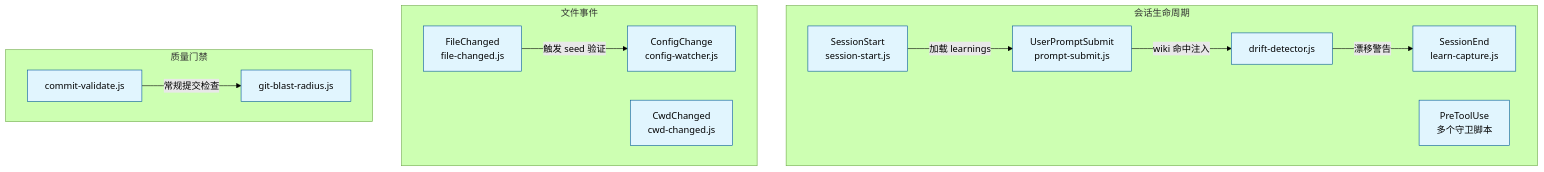
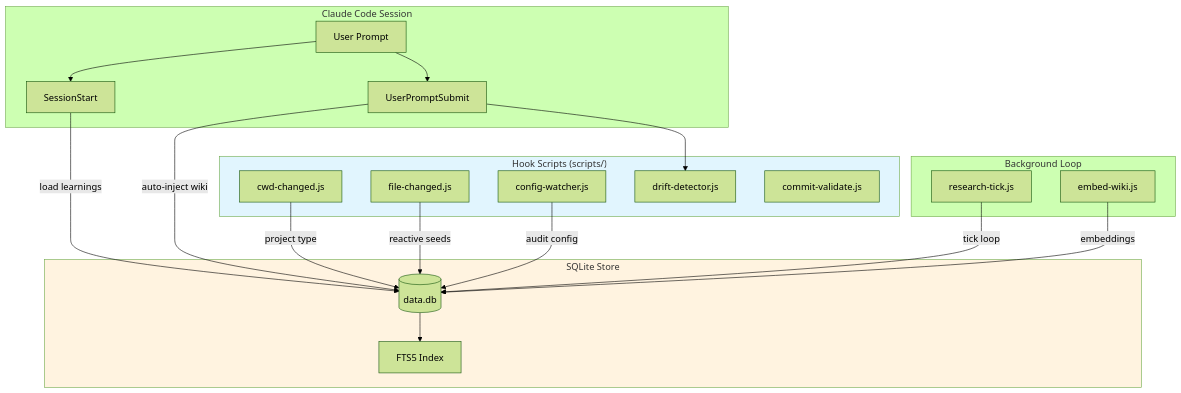
The first of 2 diagrams in .tech/repowiki/zh/content/核心模块规格/Pro Workflow 自动化总览.md (lst016/tech-cc-hub), drawn with Mermaid (forest theme) before and after one commit. The commit also changed other lines of this file and 195 other files, not shown here.

````diff
--- a/.tech/repowiki/zh/content/核心模块规格/Pro Workflow 自动化总览.md
+++ b/.tech/repowiki/zh/content/核心模块规格/Pro Workflow 自动化总览.md
@@ -55,30 +57,41 @@
 ```mermaid
 flowchart TD
-    subgraph Session["会话生命周期"]
-        SS["SessionStart<br/>session-start.js"]
-        PS["UserPromptSubmit<br/>prompt-submit.js"]
-        PT["PreToolUse<br/>多个守卫脚本"]
-        DT["drift-detector.js"]
-        SE["SessionEnd<br/>learn-capture.js"]
+    subgraph ClaudeCode["Claude Code Session"]
+        U[User Prompt]
+        P[SessionStart]
+        E[UserPromptSubmit]
     end
 
-    subgraph FileEvents["文件事件"]
-        FC["FileChanged<br/>file-changed.js"]
-        CW["CwdChanged<br/>cwd-changed.js"]
-        CC["ConfigChange<br/>config-watcher.js"]
+    subgraph Hooks["Hook Scripts (scripts/)"]
+        CW[cwd-changed.js]
+        FC[file-changed.js]
+        CWATCH[config-watcher.js]
+        DD[drift-detector.js]
+        CV[commit-validate.js]
     end
 
-    subgraph Quality["质量门禁"]
-        CV["commit-validate.js"]
-        GB["git-blast-radius.js"]
+    subgraph Background["Background Loop"]
+        RT[research-tick.js]
+        EW[embed-wiki.js]
     end
 
-    SS -->|加载 learnings| PS
-    PS -->|wiki 命中注入| DT
-    DT -->|漂移警告| SE
-    FC -->|触发 seed 验证| CC
-    CV -->|常规提交检查| GB
+    subgraph Storage["SQLite Store"]
+        DB[(data.db)]
+        FTS[FTS5 Index]
+    end
 
-    classDef hook fill:#e1f5fe,stroke:#01579b
-    class SS,PS,PT,DT,SE,FC,CW,CC,CV,GB hook
+    U --> P
+    P --> |load learnings| DB
+    U --> E
+    E --> |auto-inject wiki| DB
+    E --> DD
+    CW --> |project type| DB
+    FC --> |reactive seeds| DB
+    CWATCH --> |audit config| DB
+    RT --> |tick loop| DB
+    EW --> |embeddings| DB
+    DB --> FTS
+
+    style Hooks fill:#e1f5fe
+    style Storage fill:#fff3e0
 ```
````
